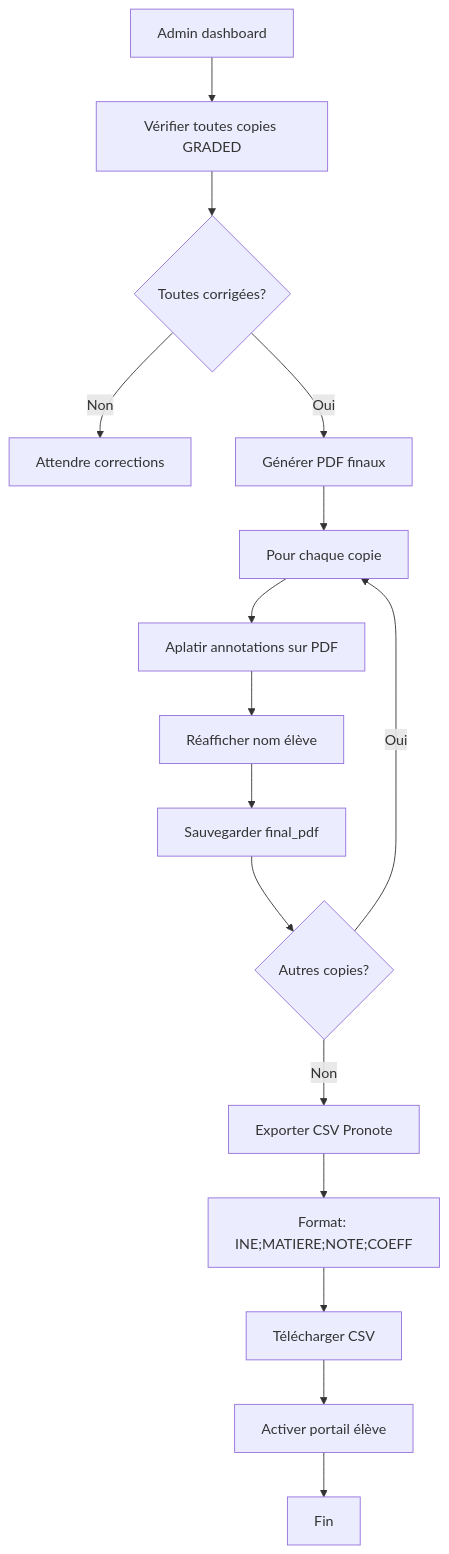
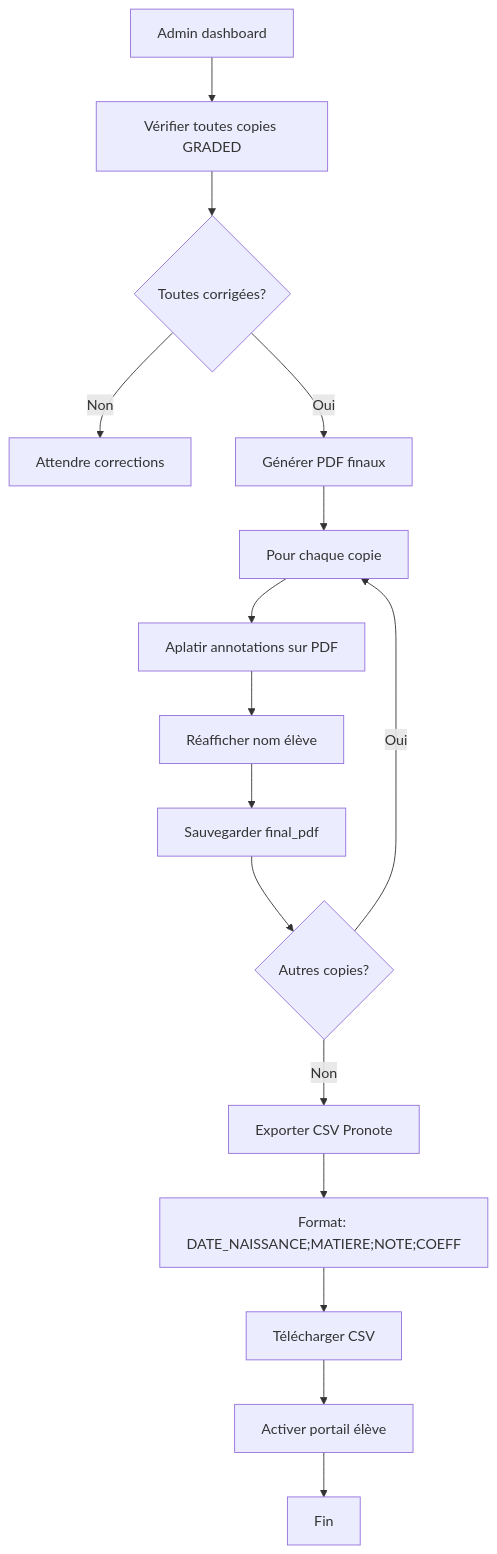
One commit to cyranoaladin/Korrigo changed the seventh of 10 diagrams in docs/technical/BUSINESS_WORKFLOWS.md. Above: the diagram before and after it, drawn with Mermaid. The commit also changed other lines of this file and 9 other files, not shown here.

Commit message:
docs: update enriched documentation (guides, specs, security, API reference, DB schema)

````diff
--- a/docs/technical/BUSINESS_WORKFLOWS.md
+++ b/docs/technical/BUSINESS_WORKFLOWS.md
@@ -382,18 +382,18 @@
 ```mermaid
 flowchart TD
     A[Admin dashboard] --> B[Vérifier toutes copies GRADED]
     B --> C{Toutes corrigées?}
     C -->|Non| D[Attendre corrections]
     C -->|Oui| E[Générer PDF finaux]
     E --> F[Pour chaque copie]
     F --> G[Aplatir annotations sur PDF]
     G --> H[Réafficher nom élève]
     H --> I[Sauvegarder final_pdf]
     I --> J{Autres copies?}
     J -->|Oui| F
     J -->|Non| K[Exporter CSV Pronote]
-    K --> L[Format: INE;MATIERE;NOTE;COEFF]
+    K --> L[Format: DATE_NAISSANCE;MATIERE;NOTE;COEFF]
     L --> M[Télécharger CSV]
     M --> N[Activer portail élève]
     N --> O[Fin]
 ```
````
